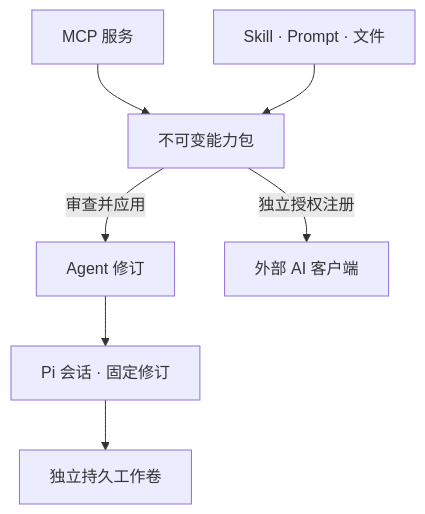
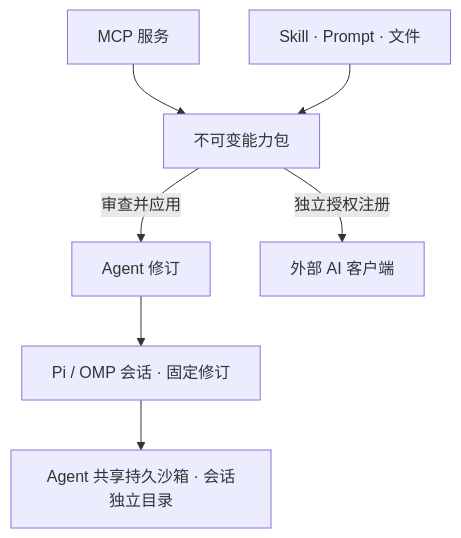
Before and after one commit to asharca/ToolPlane: the diagram in README.md, drawn with Mermaid. The commit also changed other lines of this file and 823 other files, not shown here.

````diff
--- a/README.md
+++ b/README.md
@@ -19,9 +19,9 @@
 ```mermaid
 flowchart TB
   MCP["MCP 服务"] --> Package["不可变能力包"]
   Skills["Skill · Prompt · 文件"] --> Package
   Package -->|审查并应用| Revision["Agent 修订"]
   Package -->|独立授权注册| Clients["外部 AI 客户端"]
-  Revision --> Session["Pi 会话 · 固定修订"]
-  Session --> Sandbox["独立持久工作卷"]
+  Revision --> Session["Pi / OMP 会话 · 固定修订"]
+  Session --> Sandbox["Agent 共享持久沙箱 · 会话独立目录"]
 ```
````
